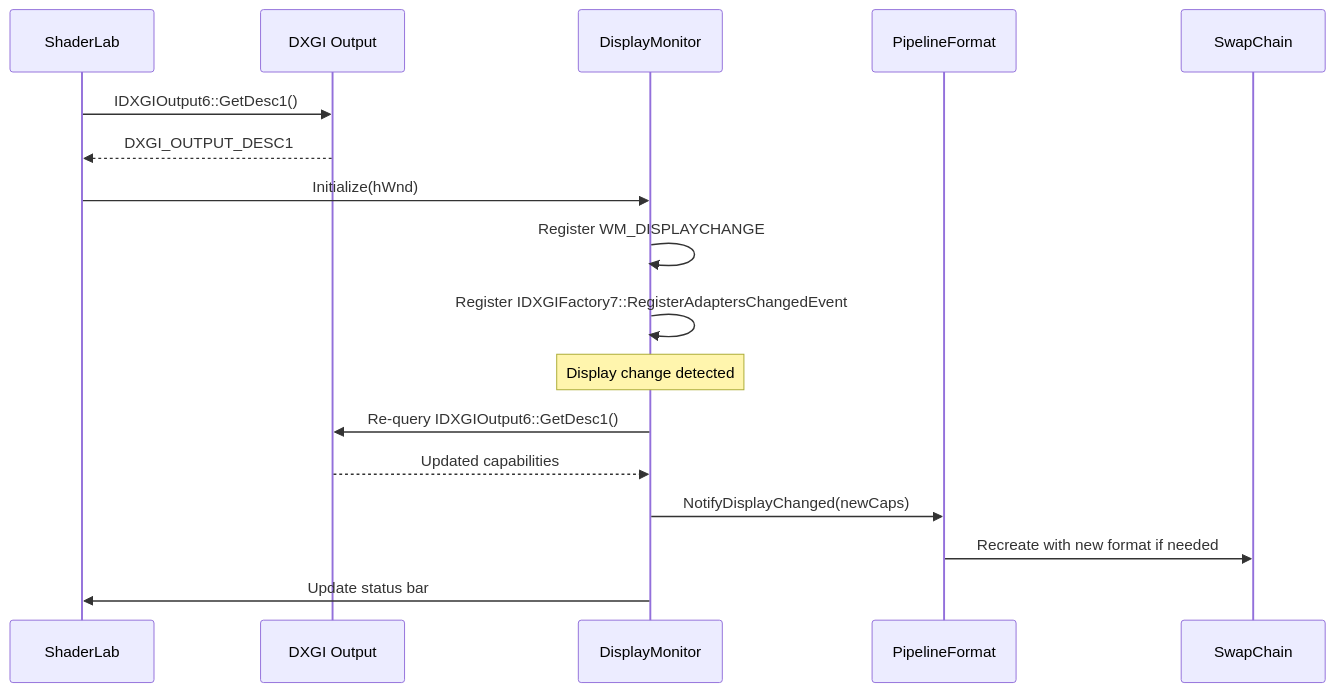
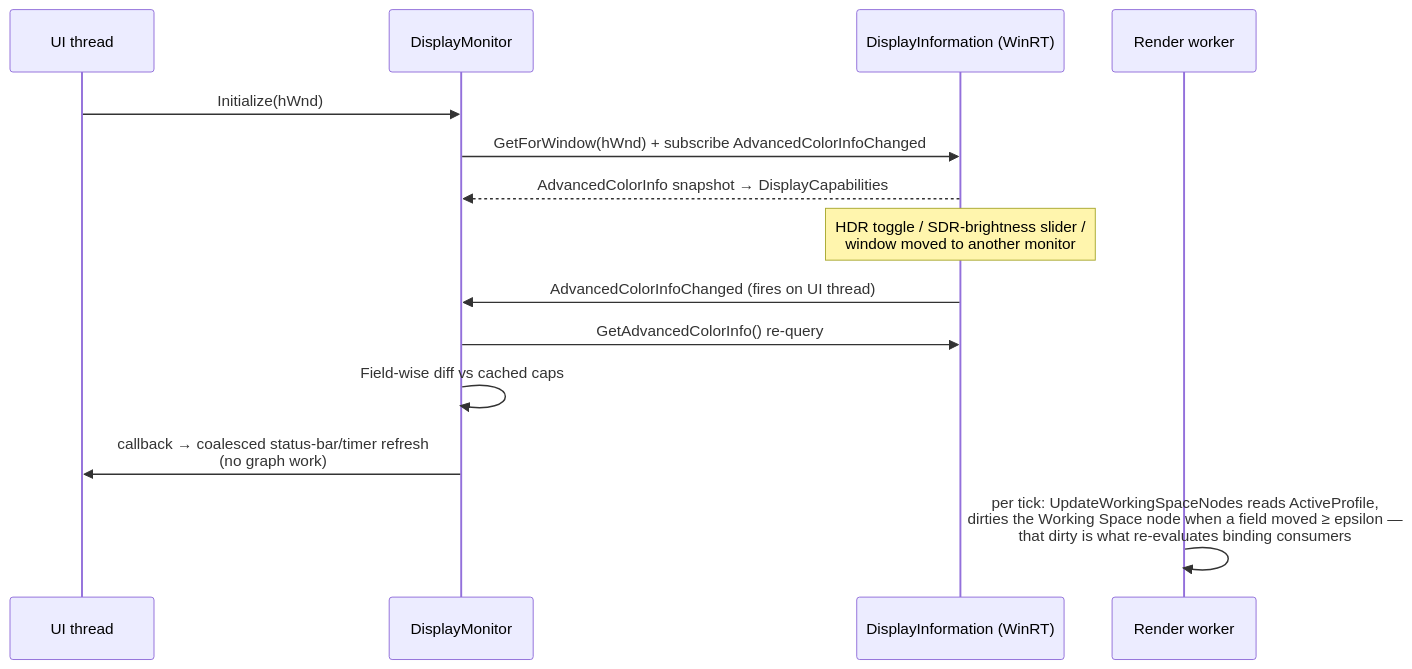
One commit to Spruill-1/ShaderLab changed the diagram in docs/architecture/display-monitoring.md. Above: the diagram before and after it, drawn with Mermaid. The commit also changed other lines of this file and 42 other files, not shown here.

Commit message:
Improve compatibility of the image source effect to properly handle HDR/SDR for a wider variety of sources. Make the app respect panel brightness and SDR white level.

````diff
--- a/docs/architecture/display-monitoring.md
+++ b/docs/architecture/display-monitoring.md
@@ -3,21 +11,18 @@
 ```mermaid
 sequenceDiagram
-    participant App as ShaderLab
-    participant DXGI as DXGI Output
+    participant UI as UI thread
     participant DM as DisplayMonitor
-    participant PF as PipelineFormat
-    participant SC as SwapChain
+    participant DI as DisplayInformation (WinRT)
+    participant RW as Render worker
 
-    App->>DXGI: IDXGIOutput6::GetDesc1()
-    DXGI-->>App: DXGI_OUTPUT_DESC1
-    App->>DM: Initialize(hWnd)
-    DM->>DM: Register WM_DISPLAYCHANGE
-    DM->>DM: Register IDXGIFactory7::RegisterAdaptersChangedEvent
+    UI->>DM: Initialize(hWnd)
+    DM->>DI: GetForWindow(hWnd) + subscribe AdvancedColorInfoChanged
+    DI-->>DM: AdvancedColorInfo snapshot → DisplayCapabilities
 
-    Note over DM: Display change detected
-    DM->>DXGI: Re-query IDXGIOutput6::GetDesc1()
-    DXGI-->>DM: Updated capabilities
-    DM->>PF: NotifyDisplayChanged(newCaps)
-    PF->>SC: Recreate with new format if needed
-    DM->>App: Update status bar
+    Note over DI: HDR toggle / SDR-brightness slider /<br/>window moved to another monitor
+    DI->>DM: AdvancedColorInfoChanged (fires on UI thread)
+    DM->>DI: GetAdvancedColorInfo() re-query
+    DM->>DM: Field-wise diff vs cached caps
+    DM->>UI: callback → coalesced status-bar/timer refresh<br/>(no graph work)
+    RW->>RW: per tick: UpdateWorkingSpaceNodes reads ActiveProfile,<br/>dirties the Working Space node when a field moved ≥ epsilon —<br/>that dirty is what re-evaluates binding consumers
 ```
````
